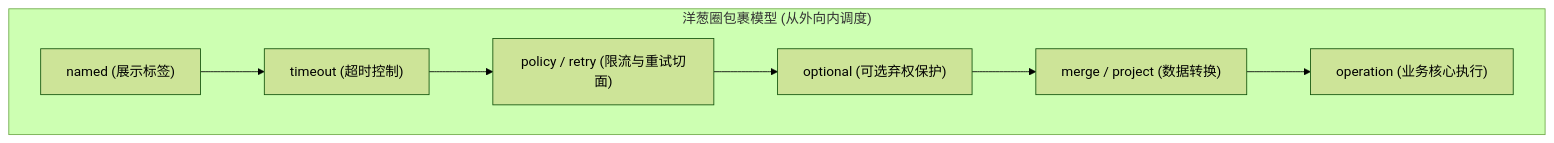
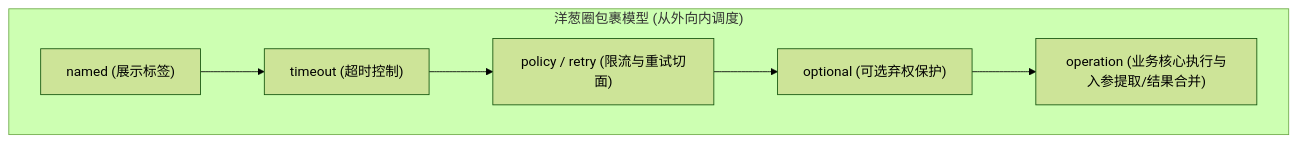
One commit to team4u/team4u-framework changed the fourth of 4 diagrams in docs/flow/flow-definition.md. Above: the diagram before and after it, drawn with Mermaid (forest theme). The commit also changed other lines of this file and 8 other files, not shown here.

First line of the commit message:
feat(flow): enhance FlowResult status predicates, AST constructors, and synchronize flow-definition doc

````diff
--- a/docs/flow/flow-definition.md
+++ b/docs/flow/flow-definition.md
@@ -269,13 +271,12 @@
 ```mermaid
 graph TD
     subgraph "洋葱圈包裹模型 (从外向内调度)"
         N["named (展示标签)"]
         T["timeout (超时控制)"]
         P["policy / retry (限流与重试切面)"]
         O["optional (可选弃权保护)"]
-        M["merge / project (数据转换)"]
-        OP["operation (业务核心执行)"]
+        OP["operation (业务核心执行与入参提取/结果合并)"]
 
-        N --> T --> P --> O --> M --> OP
+        N --> T --> P --> O --> OP
     end
 ```
````
